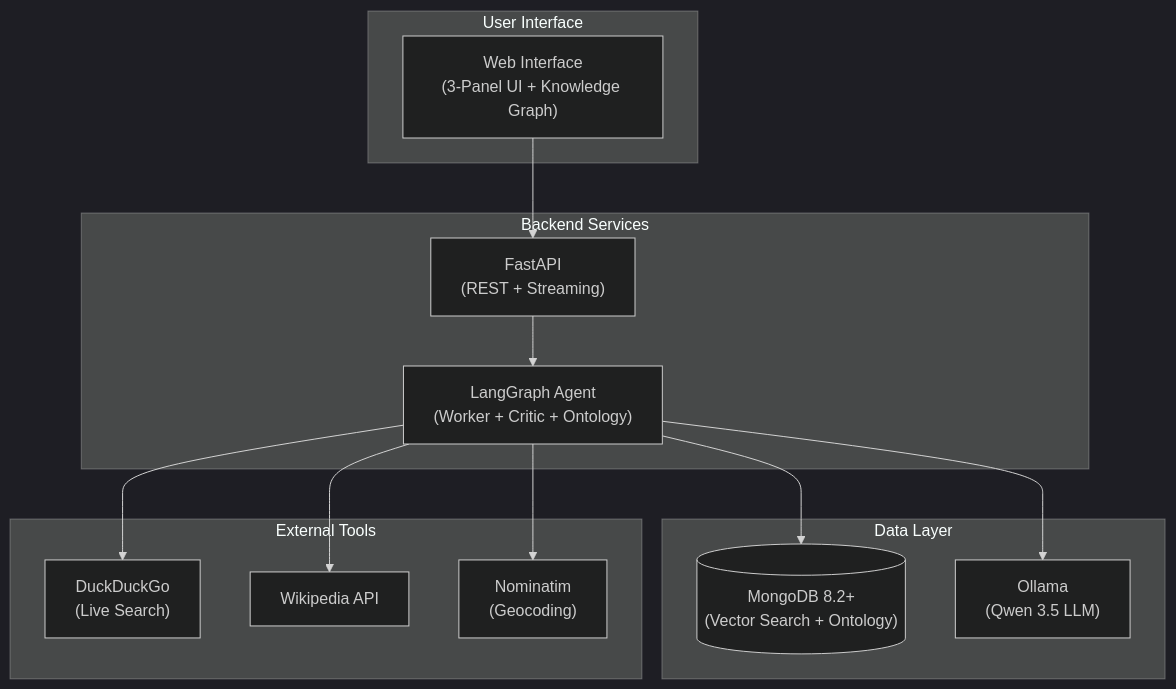
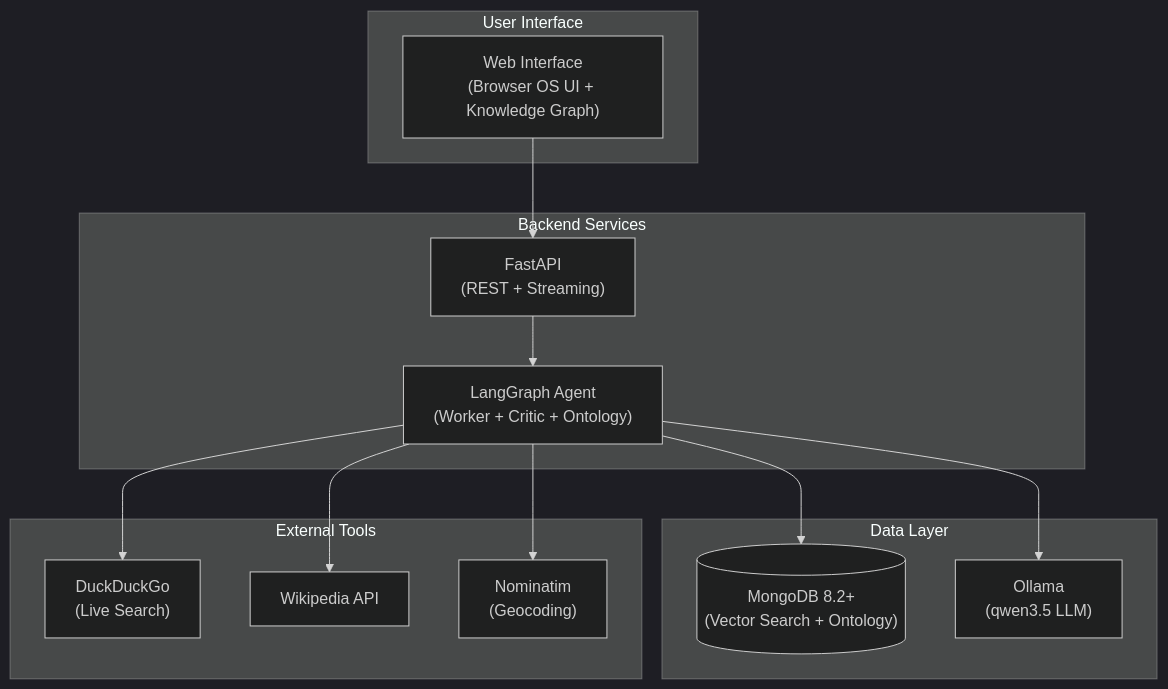
The diagram in README.md (fbaierl/geo-vision-lab), drawn with Mermaid before and after one commit. The commit also changed other lines of this file, not shown here.

````diff
--- a/README.md
+++ b/README.md
@@ -171,31 +178,31 @@
 ```mermaid
 %%{init: {'theme': 'dark'}}%%
 graph TB
     subgraph User["User Interface"]
-        UI["Web Interface<br/>(3-Panel UI + Knowledge Graph)"]
+        UI["Web Interface<br/>(Browser OS UI + Knowledge Graph)"]
     end
 
     subgraph Backend["Backend Services"]
         API["FastAPI<br/>(REST + Streaming)"]
         AGENT["LangGraph Agent<br/>(Worker + Critic + Ontology)"]
     end
 
     subgraph Data["Data Layer"]
         MDB[("MongoDB 8.2+<br/>(Vector Search + Ontology)")]
-        OL["Ollama<br/>(Qwen 3.5 LLM)"]
+        OL["Ollama<br/>(qwen3.5 LLM)"]
     end
 
     subgraph Tools["External Tools"]
         WEB["DuckDuckGo<br/>(Live Search)"]
         WIKI["Wikipedia API"]
         NOM["Nominatim<br/>(Geocoding)"]
     end
 
     UI --> API
     API --> AGENT
     AGENT --> MDB
     AGENT --> OL
     AGENT --> WEB
     AGENT --> WIKI
     AGENT --> NOM
 ```
````
